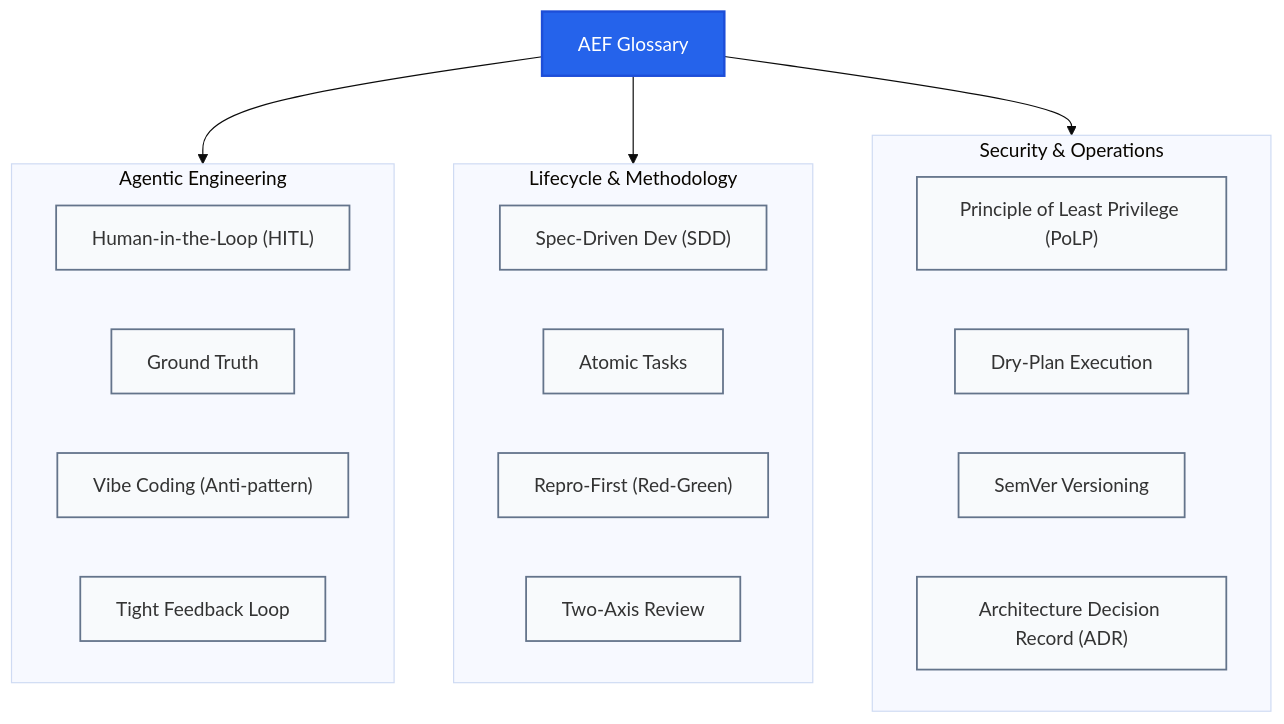
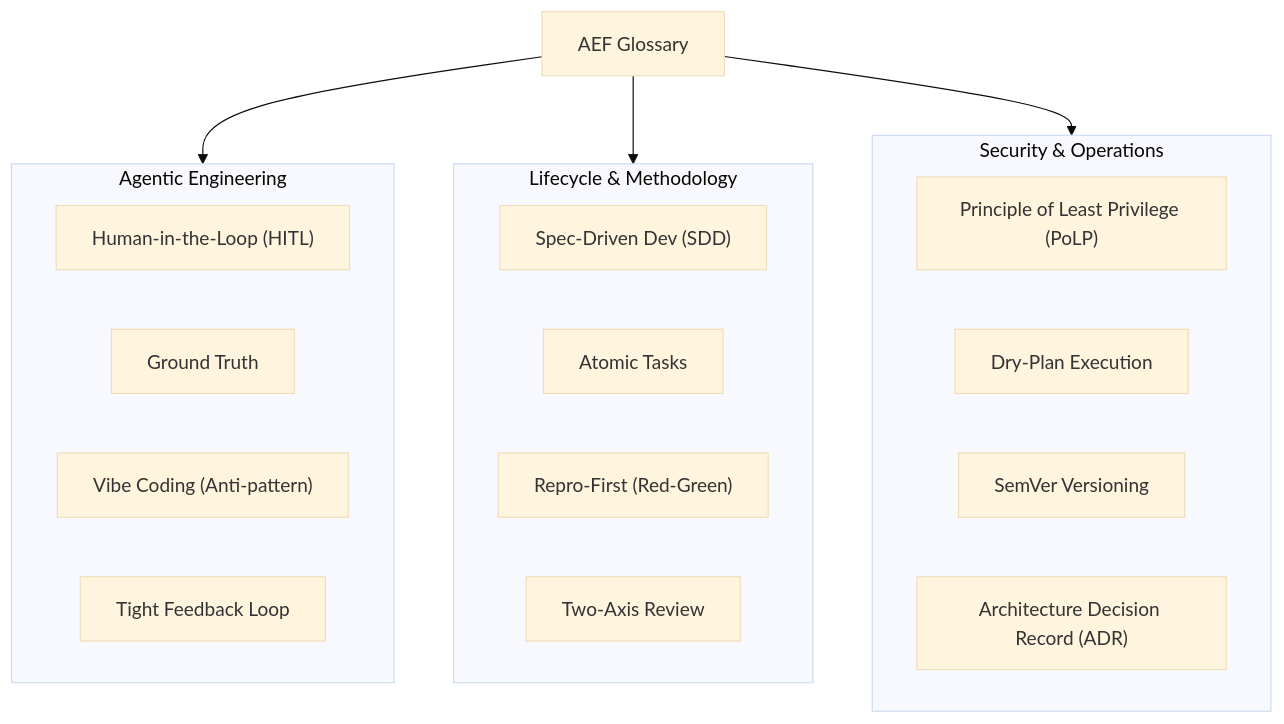
The diagram in docs/GLOSSARY.md (jmblanco/agentic-engineering-framework), drawn with Mermaid (base theme) before and after one commit. The commit also changed 1 other file, not shown here.

Commit message:
docs: fix Mermaid diagram rendering, add intellectual origins section, and update attribution

````diff
--- a/docs/GLOSSARY.md
+++ b/docs/GLOSSARY.md
@@ -7,34 +7,29 @@
 ```mermaid
-graph TD
+flowchart TD
     Root["AEF Glossary"]
 
     subgraph AE["Agentic Engineering"]
         HITL["Human-in-the-Loop (HITL)"]
         GT["Ground Truth"]
         VC["Vibe Coding (Anti-pattern)"]
         TFL["Tight Feedback Loop"]
     end
 
     subgraph LM["Lifecycle & Methodology"]
         SDD["Spec-Driven Dev (SDD)"]
         AT["Atomic Tasks"]
         RF["Repro-First (Red-Green)"]
         TAR["Two-Axis Review"]
     end
 
     subgraph SO["Security & Operations"]
         PoLP["Principle of Least Privilege (PoLP)"]
         DP["Dry-Plan Execution"]
         SV["SemVer Versioning"]
         ADR["Architecture Decision Record (ADR)"]
     end
 
     Root --> AE
     Root --> LM
     Root --> SO
-
-    classDef rootStyle fill:#2563eb,stroke:#1d4ed8,stroke-width:2px,color:#ffffff;
-    classDef subStyle fill:#f8fafc,stroke:#64748b,stroke-width:1.5px;
-    class Root rootStyle;
-    class HITL,GT,VC,TFL,SDD,AT,RF,TAR,PoLP,DP,SV,ADR subStyle;
 ```
````
